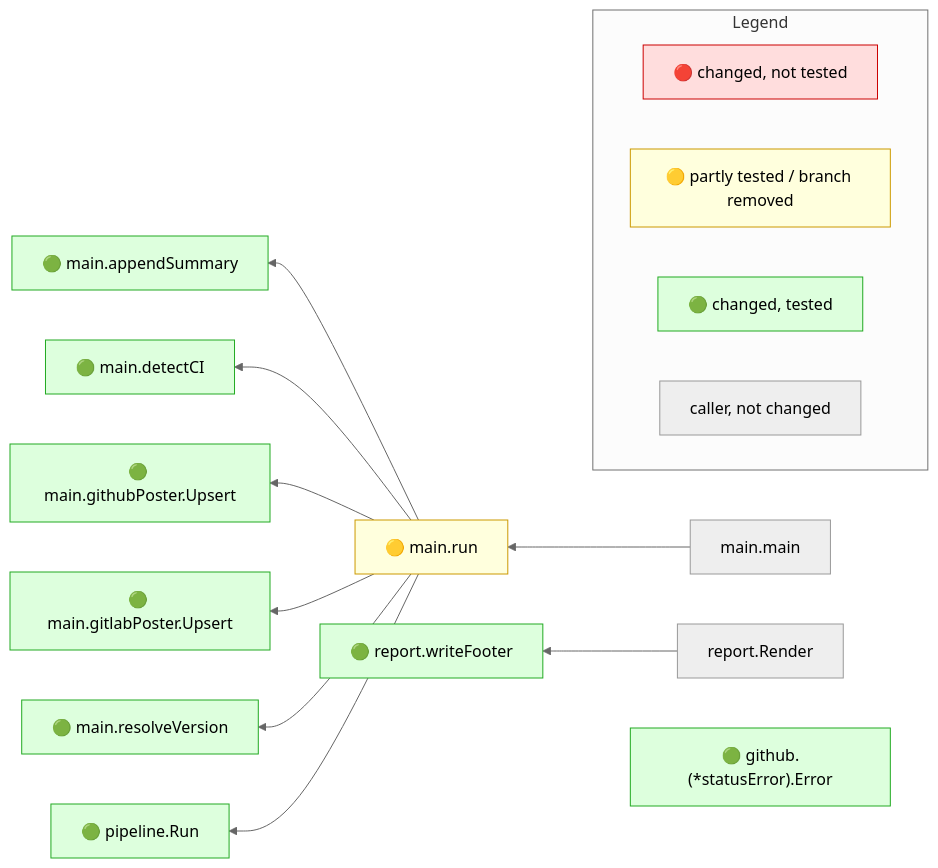
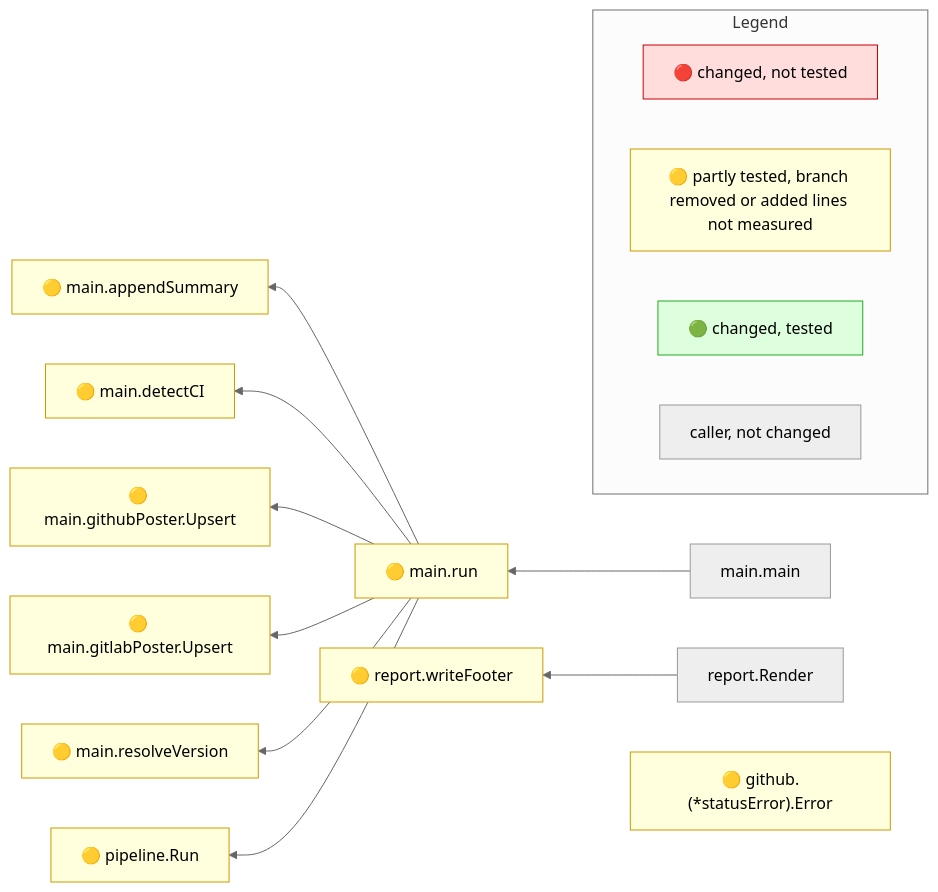
One commit to Kevinbarrero/mr-impact changed the diagram in README.md. Above: the diagram before and after it, drawn with Mermaid (neutral theme). The commit also changed other lines of this file and 1 other file, not shown here.

````diff
--- a/README.md
+++ b/README.md
@@ -89,32 +91,32 @@
 ```mermaid
 flowchart RL
   n0["🟡 main.run"]:::yellow
   n1["main.main"]
-  n2["🟢 main.appendSummary"]:::green
-  n3["🟢 main.detectCI"]:::green
-  n4["🟢 main.githubPoster.Upsert"]:::green
-  n5["🟢 main.gitlabPoster.Upsert"]:::green
-  n6["🟢 main.resolveVersion"]:::green
-  n7["🟢 pipeline.Run"]:::green
-  n8["🟢 report.writeFooter"]:::green
+  n2["🟡 main.appendSummary"]:::yellow
+  n3["🟡 main.detectCI"]:::yellow
+  n4["🟡 main.githubPoster.Upsert"]:::yellow
+  n5["🟡 main.gitlabPoster.Upsert"]:::yellow
+  n6["🟡 main.resolveVersion"]:::yellow
+  n7["🟡 pipeline.Run"]:::yellow
+  n8["🟡 report.writeFooter"]:::yellow
   n9["report.Render"]
-  n10["🟢 github.(*statusError).Error"]:::green
+  n10["🟡 github.(*statusError).Error"]:::yellow
   n1 --> n0
   n9 --> n8
   n0 --> n2
   n0 --> n3
   n0 --> n4
   n0 --> n5
   n0 --> n6
   n0 --> n7
   subgraph legend ["Legend"]
     direction LR
     lr["🔴 changed, not tested"]:::red
-    ly["🟡 partly tested / branch removed"]:::yellow
+    ly["🟡 partly tested, branch removed or added lines not measured"]:::yellow
     lg["🟢 changed, tested"]:::green
     lc["caller, not changed"]
   end
   classDef red fill:#fdd,stroke:#c00
   classDef yellow fill:#ffd,stroke:#c90
   classDef green fill:#dfd,stroke:#2a2
 ```
````
